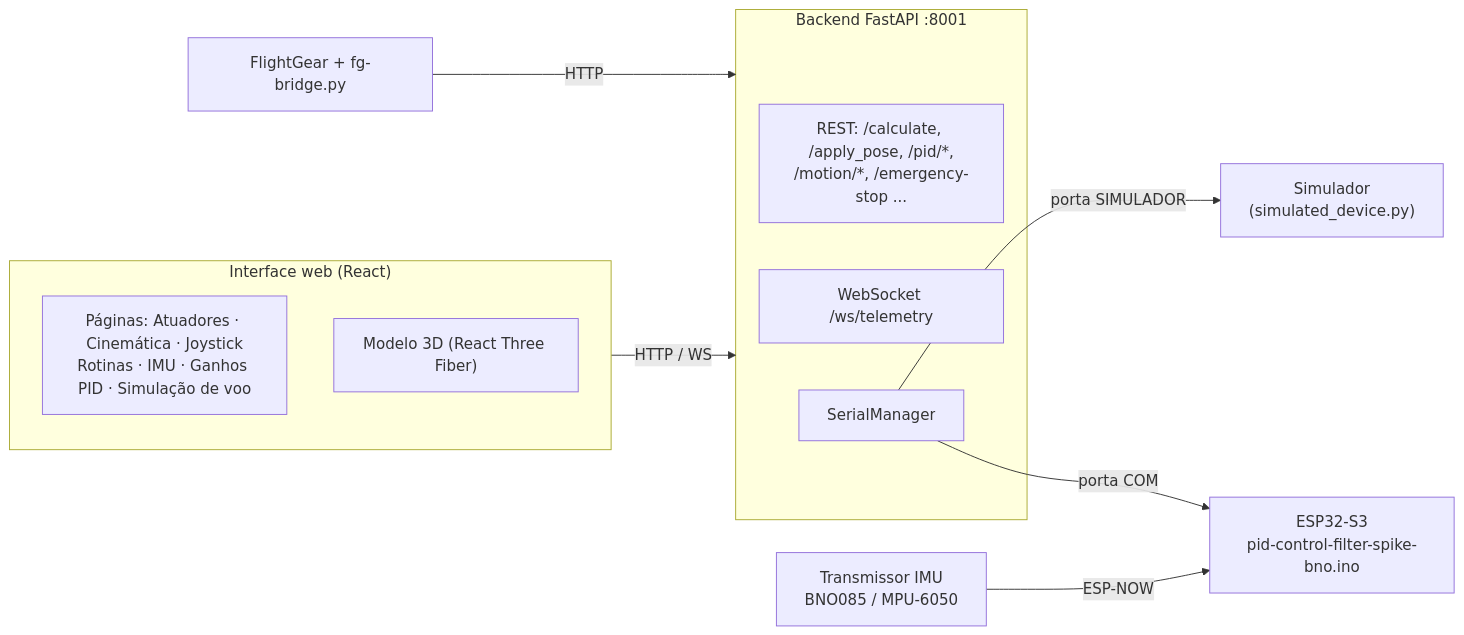
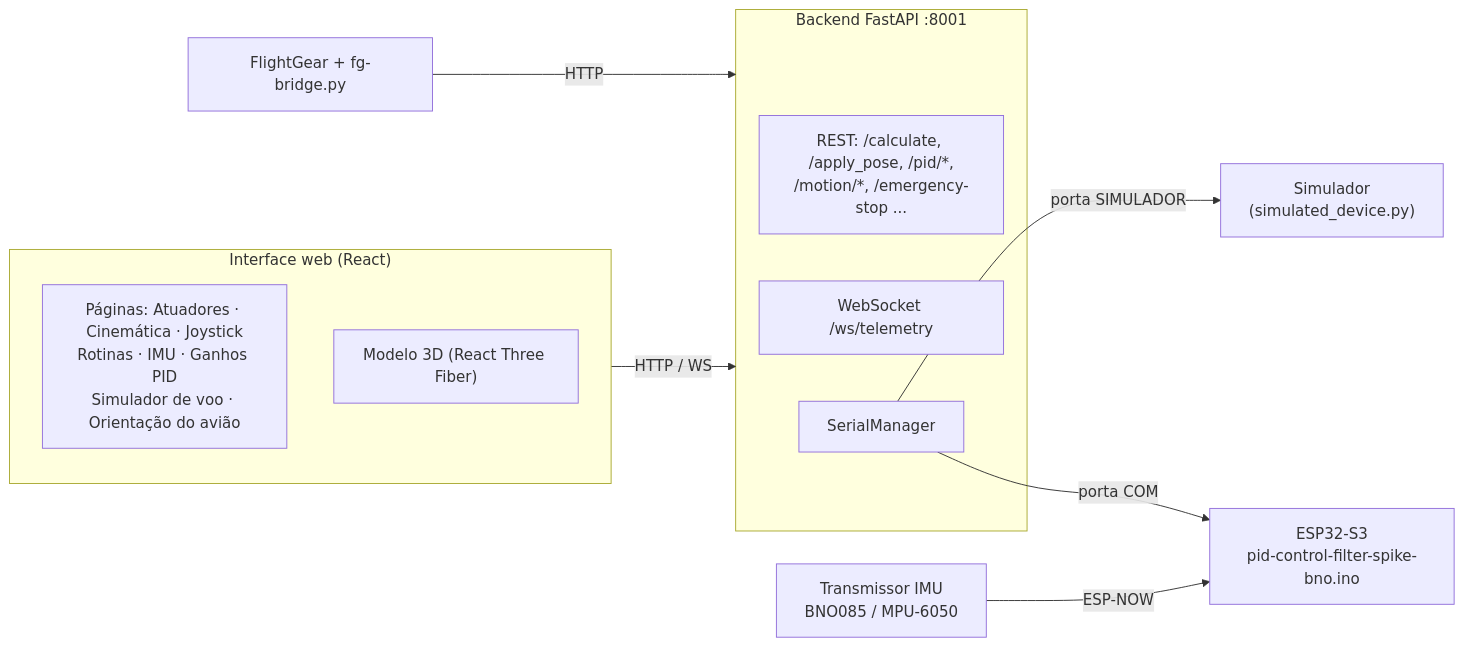
Before and after one commit to g-Miyata/PLATAFORMA_DE_STEWART: the diagram in README.md, drawn with Mermaid. The commit also changed other lines of this file and 2 other files, not shown here.

````diff
--- a/README.md
+++ b/README.md
@@ -35,24 +35,24 @@
 ```mermaid
 flowchart LR
     subgraph Web ["Interface web (React)"]
-        P["Páginas: Atuadores · Cinemática · Joystick<br>Rotinas · IMU · Ganhos PID · Simulação de voo"]
+        P["Páginas: Atuadores · Cinemática · Joystick<br>Rotinas · IMU · Ganhos PID<br>Simulador de voo · Orientação do avião"]
         V["Modelo 3D (React Three Fiber)"]
     end
 
     subgraph Backend ["Backend FastAPI :8001"]
         R["REST: /calculate, /apply_pose, /pid/*,<br>/motion/*, /emergency-stop ..."]
         W["WebSocket /ws/telemetry"]
         S["SerialManager"]
     end
 
     SIM["Simulador<br>(simulated_device.py)"]
     FW["ESP32-S3<br>pid-control-filter-spike-bno.ino"]
     IMU["Transmissor IMU<br>BNO085 / MPU-6050"]
     FG["FlightGear + fg-bridge.py"]
 
     Web -->|HTTP / WS| Backend
     S -->|porta COM| FW
     S -->|porta SIMULADOR| SIM
     IMU -->|ESP-NOW| FW
     FG -->|HTTP| Backend
 ```
````
